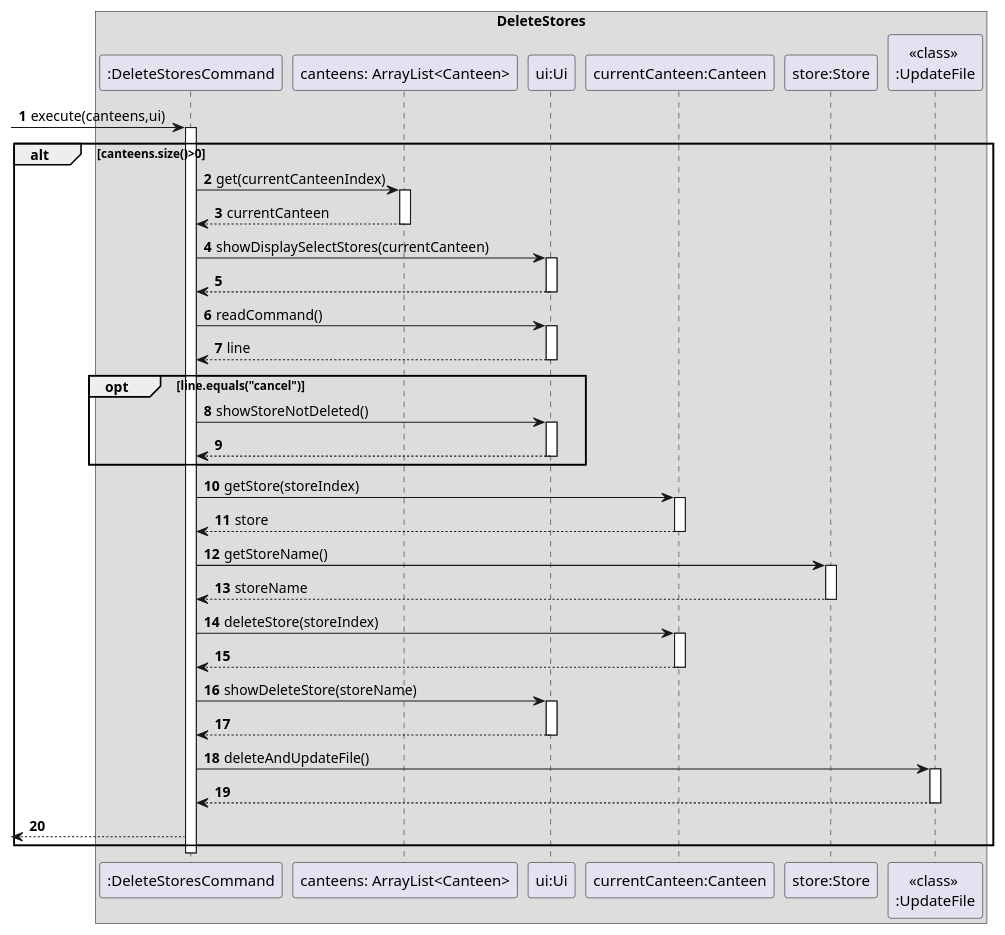
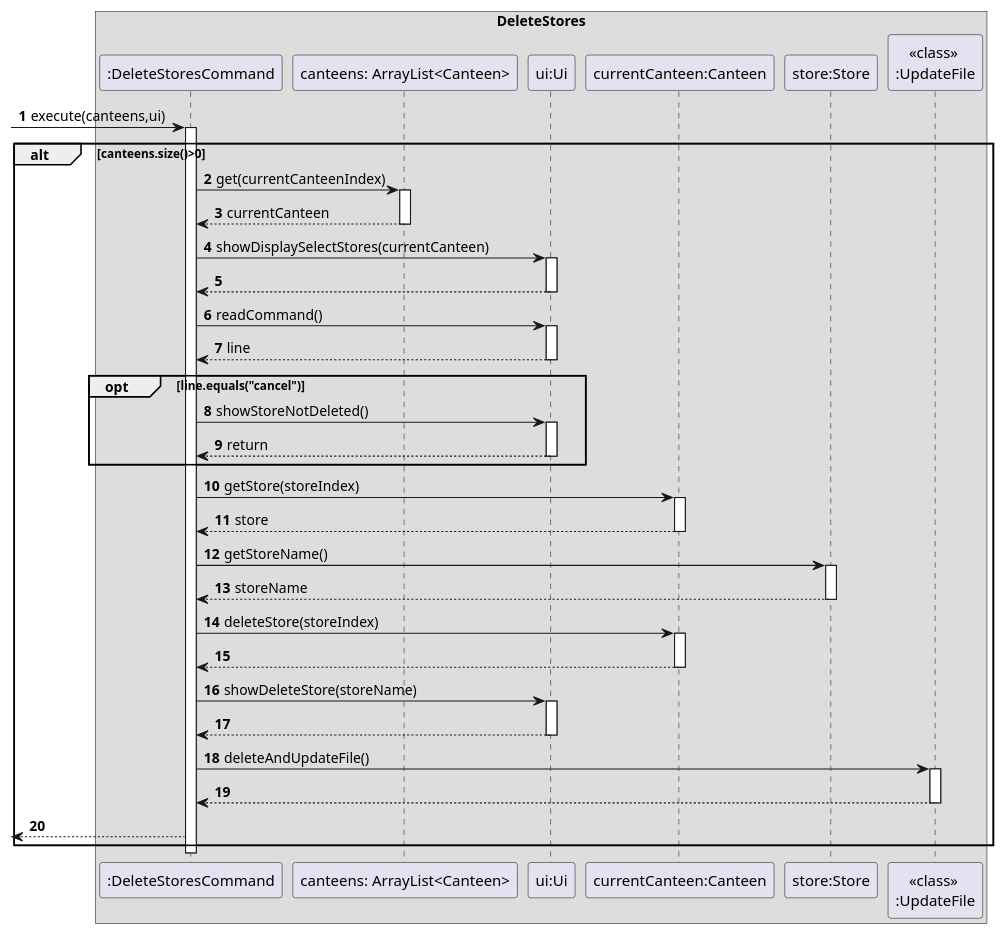
Before and after one commit to nagiteja/tp: the diagram in docs/PlantUML/DeleteStore.puml, drawn with PlantUML. The commit also changed 7 other files, not shown here.

Commit message:
update code and sequence diagram

```diff
--- a/docs/PlantUML/DeleteStore.puml
+++ b/docs/PlantUML/DeleteStore.puml
@@ -1,52 +1,52 @@
 @startuml
 'https://plantuml.com/sequence-diagram
 
 autonumber
 box DeleteStores
 
 
 ->":DeleteStoresCommand": execute(canteens,ui)
 activate ":DeleteStoresCommand"
 alt canteens.size()>0
     ":DeleteStoresCommand"->"canteens: ArrayList<Canteen>":get(currentCanteenIndex)
     activate "canteens: ArrayList<Canteen>"
     "canteens: ArrayList<Canteen>"-->":DeleteStoresCommand":currentCanteen
     deactivate "canteens: ArrayList<Canteen>"
     ":DeleteStoresCommand"->"ui:Ui":showDisplaySelectStores(currentCanteen)
     activate "ui:Ui"
     "ui:Ui"-->":DeleteStoresCommand"
     deactivate "ui:Ui"
     ":DeleteStoresCommand"->"ui:Ui":readCommand()
     activate "ui:Ui"
     "ui:Ui"-->":DeleteStoresCommand":line
     deactivate "ui:Ui"
     opt line.equals("cancel")
         ":DeleteStoresCommand"->"ui:Ui":showStoreNotDeleted()
         activate "ui:Ui"
-        "ui:Ui"-->":DeleteStoresCommand"
+        "ui:Ui"-->":DeleteStoresCommand":return
         deactivate "ui:Ui"
     end
     ":DeleteStoresCommand"->"currentCanteen:Canteen":getStore(storeIndex)
     activate "currentCanteen:Canteen"
     "currentCanteen:Canteen"-->":DeleteStoresCommand":store
     deactivate "currentCanteen:Canteen"
     ":DeleteStoresCommand"->"store:Store":getStoreName()
     activate "store:Store"
     "store:Store" --> ":DeleteStoresCommand": storeName
     deactivate "store:Store"
     ":DeleteStoresCommand"->"currentCanteen:Canteen":deleteStore(storeIndex)
     activate "currentCanteen:Canteen"
     "currentCanteen:Canteen"-->":DeleteStoresCommand"
     deactivate "currentCanteen:Canteen"
     ":DeleteStoresCommand"->"ui:Ui":showDeleteStore(storeName)
     activate "ui:Ui"
     "ui:Ui"-->":DeleteStoresCommand"
     deactivate "ui:Ui"
     ":DeleteStoresCommand"->"<<class>> \n:UpdateFile":deleteAndUpdateFile()
     activate "<<class>> \n:UpdateFile"
     "<<class>> \n:UpdateFile" -->":DeleteStoresCommand"
     deactivate "<<class>> \n:UpdateFile"
 <--":DeleteStoresCommand"
 end
 deactivate ":DeleteStoresCommand"
 @enduml
```
